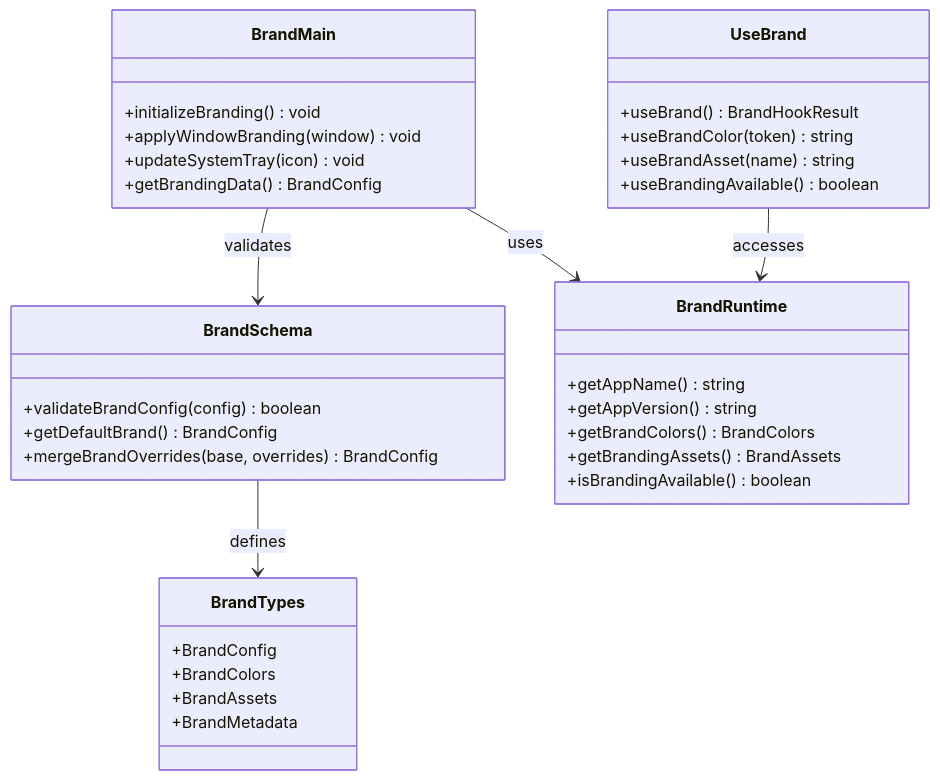
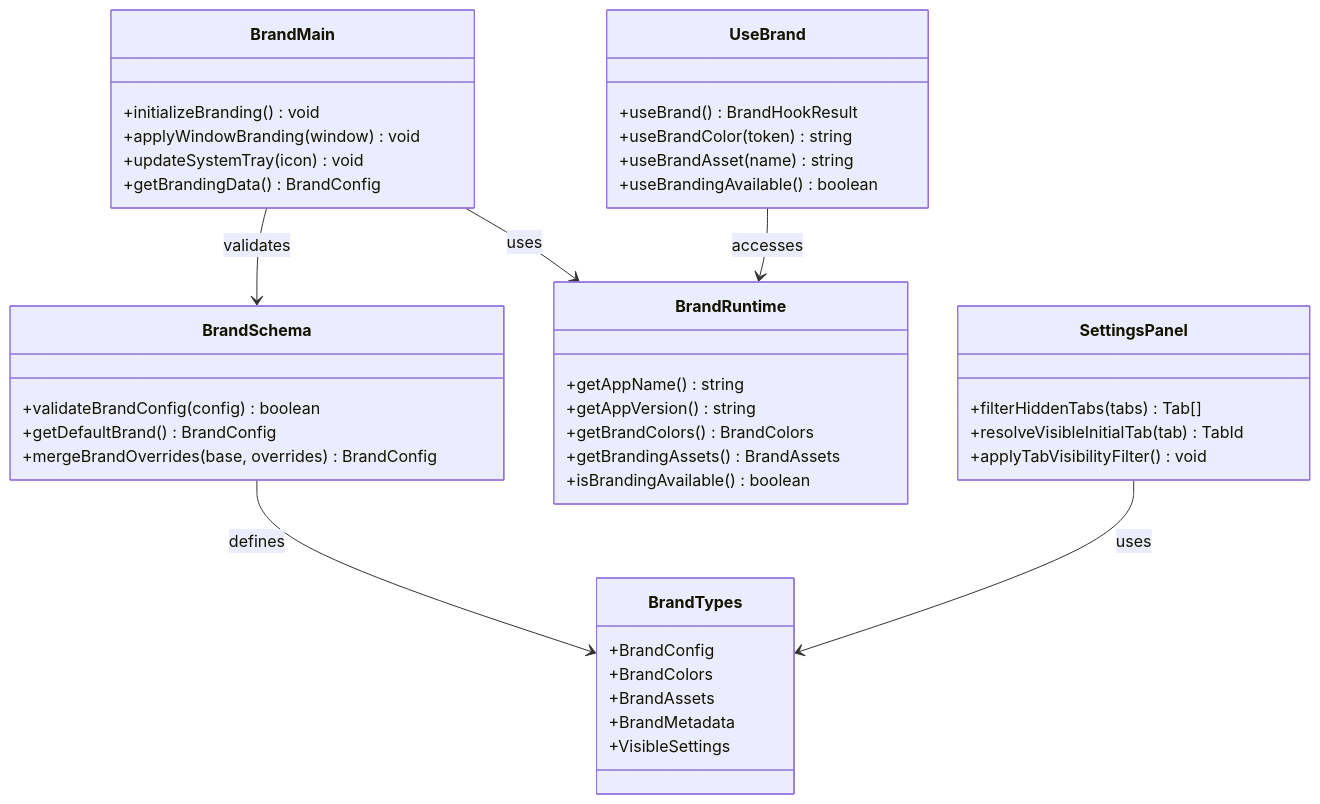
One commit to jackuh105/open-cowork changed the second of 8 diagrams in .qoder/repowiki/en/content/Deployment & Distribution/Branding System.md. Above: the diagram before and after it, drawn with Mermaid. The commit also changed other lines of this file and 2 other files, not shown here.

````diff
--- a/.qoder/repowiki/en/content/Deployment & Distribution/Branding System.md
+++ b/.qoder/repowiki/en/content/Deployment & Distribution/Branding System.md
@@ -99,37 +121,44 @@
 ```mermaid
 classDiagram
 class BrandSchema {
 +validateBrandConfig(config) boolean
 +getDefaultBrand() BrandConfig
 +mergeBrandOverrides(base, overrides) BrandConfig
 }
 class BrandTypes {
 +BrandConfig
 +BrandColors
 +BrandAssets
 +BrandMetadata
++VisibleSettings
 }
 class BrandMain {
 +initializeBranding() void
 +applyWindowBranding(window) void
 +updateSystemTray(icon) void
 +getBrandingData() BrandConfig
 }
 class BrandRuntime {
 +getAppName() string
 +getAppVersion() string
 +getBrandColors() BrandColors
 +getBrandingAssets() BrandAssets
 +isBrandingAvailable() boolean
 }
 class UseBrand {
 +useBrand() BrandHookResult
 +useBrandColor(token) string
 +useBrandAsset(name) string
 +useBrandingAvailable() boolean
 }
+class SettingsPanel {
++filterHiddenTabs(tabs) Tab[]
++resolveVisibleInitialTab(tab) TabId
++applyTabVisibilityFilter() void
+}
 BrandSchema --> BrandTypes : defines
 BrandMain --> BrandRuntime : uses
 UseBrand --> BrandRuntime : accesses
 BrandMain --> BrandSchema : validates
+SettingsPanel --> BrandTypes : uses
 ```
````
